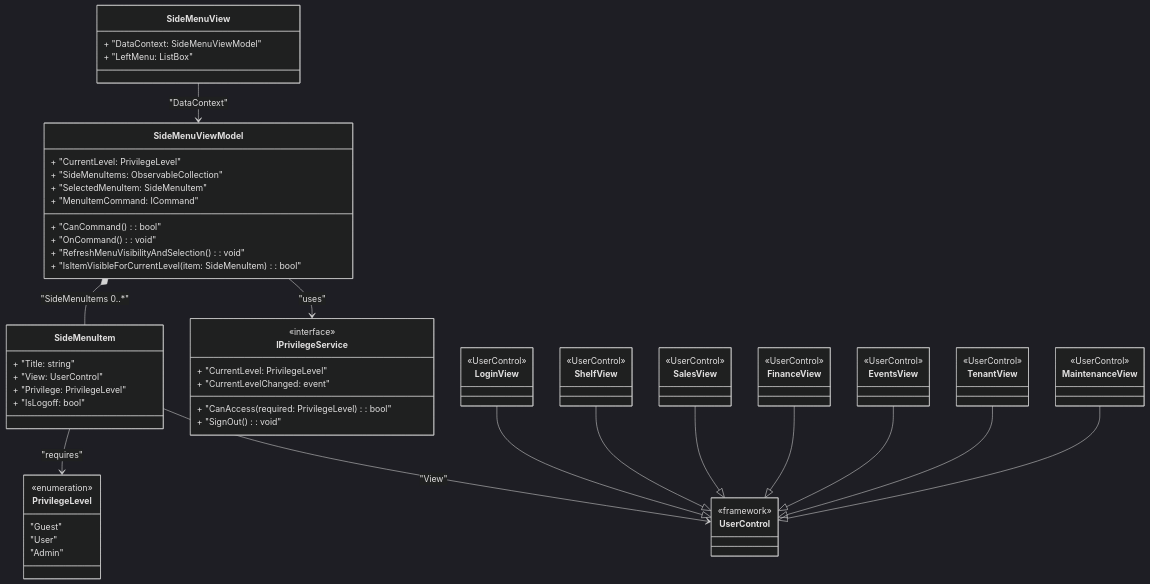
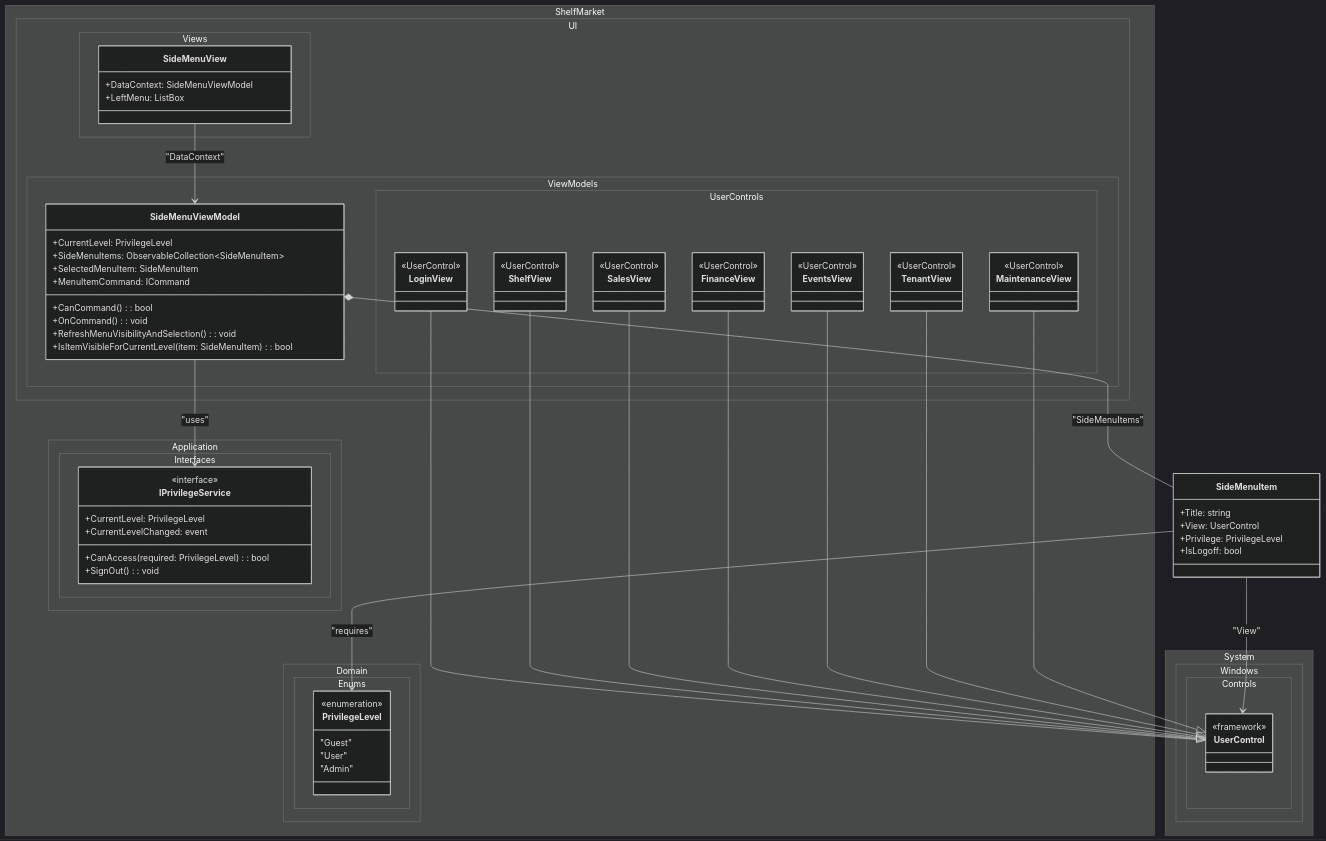
The diagram in docs/sprint-3/UseCase006-SideMenu/DCD.mmd (DMOoF25-TEAM11/ShelfMarket), drawn with Mermaid (dark theme) before and after one commit.

Commit message:
Add namespaces

```diff
--- a/docs/sprint-3/UseCase006-SideMenu/DCD.mmd
+++ b/docs/sprint-3/UseCase006-SideMenu/DCD.mmd
@@ -1,84 +1,99 @@
 classDiagram
-    class SideMenuView {
-        + "DataContext: SideMenuViewModel"
-        + "LeftMenu: ListBox"
+
+    namespace ShelfMarket.UI.Views {
+        class SideMenuView {
+            +DataContext: SideMenuViewModel
+            +LeftMenu: ListBox
+        }
     }
 
-    class SideMenuViewModel {
-        + "CurrentLevel: PrivilegeLevel"
-        + "SideMenuItems: ObservableCollection<SideMenuItem>"
-        + "SelectedMenuItem: SideMenuItem"
-        + "MenuItemCommand: ICommand"
-        + "CanCommand(): bool"
-        + "OnCommand(): void"
-        + "RefreshMenuVisibilityAndSelection(): void"
-        + "IsItemVisibleForCurrentLevel(item: SideMenuItem): bool"
+    namespace ShelfMarket.UI.ViewModels {
+
+        class SideMenuViewModel {
+            +CurrentLevel: PrivilegeLevel
+            +SideMenuItems: ObservableCollection~SideMenuItem~
+            +SelectedMenuItem: SideMenuItem
+            +MenuItemCommand: ICommand
+            +CanCommand(): bool
+            +OnCommand(): void
+            +RefreshMenuVisibilityAndSelection(): void
+            +IsItemVisibleForCurrentLevel(item: SideMenuItem): bool
+        }
+    }
+        class SideMenuItem {
+            +Title: string
+            +View: UserControl
+            +Privilege: PrivilegeLevel
+            +IsLogoff: bool
+        }
+
+
+
+
+    namespace ShelfMarket.Application.Interfaces {
+        class IPrivilegeService {
+            <<interface>>
+            +CurrentLevel: PrivilegeLevel
+            +CanAccess(required: PrivilegeLevel): bool
+            +SignOut(): void
+            +CurrentLevelChanged: event
+        }
     }
 
-    class SideMenuItem {
-        + "Title: string"
-        + "View: UserControl"
-        + "Privilege: PrivilegeLevel"
-        + "IsLogoff: bool"
+    namespace ShelfMarket.Domain.Enums {
+        class PrivilegeLevel {
+            <<enumeration>>
+            "Guest"
+            "User"
+            "Admin"
+        }
     }
 
-    class IPrivilegeService {
-        <<interface>>
-        + "CurrentLevel: PrivilegeLevel"
-        + "CanAccess(required: PrivilegeLevel): bool"
-        + "SignOut(): void"
-        + "CurrentLevelChanged: event"
+    namespace System.Windows.Controls {
+        class UserControl {
+            <<framework>>
+        }
     }
 
-    class PrivilegeLevel {
-        <<enumeration>>
-        "Guest"
-        "User"
-        "Admin"
+    namespace ShelfMarket.UI.ViewModels.UserControls {
+        class LoginView {
+            <<UserControl>>
+        }
+
+        class ShelfView {
+            <<UserControl>>
+        }
+
+        class SalesView {
+            <<UserControl>>
+        }
+
+        class FinanceView {
+            <<UserControl>>
+        }
+
+        class EventsView {
+            <<UserControl>>
+        }
+
+        class TenantView {
+            <<UserControl>>
+        }
+
+        class MaintenanceView {
+            <<UserControl>>
+        }
     }
-
-    class UserControl {
-        <<framework>>
-    }
-
-    class LoginView {
-        <<UserControl>>
-    }
-
-    class ShelfView {
-        <<UserControl>>
-    }
-
-    class SalesView {
-        <<UserControl>>
-    }
-
-    class FinanceView {
-        <<UserControl>>
-    }
-
-    class EventsView {
-        <<UserControl>>
-    }
-
-    class TenantView {
-        <<UserControl>>
-    }
-
-    class MaintenanceView {
-        <<UserControl>>
-    }
-
     SideMenuView --> SideMenuViewModel : "DataContext"
     SideMenuViewModel --> IPrivilegeService : "uses"
-    SideMenuViewModel *-- SideMenuItem : "SideMenuItems 0..*"
+    SideMenuViewModel *-- SideMenuItem : "SideMenuItems"
     SideMenuItem --> PrivilegeLevel : "requires"
     SideMenuItem --> UserControl : "View"
 
     LoginView --|> UserControl
     ShelfView --|> UserControl
     SalesView --|> UserControl
     FinanceView --|> UserControl
     EventsView --|> UserControl
     TenantView --|> UserControl
     MaintenanceView --|> UserControl
```
